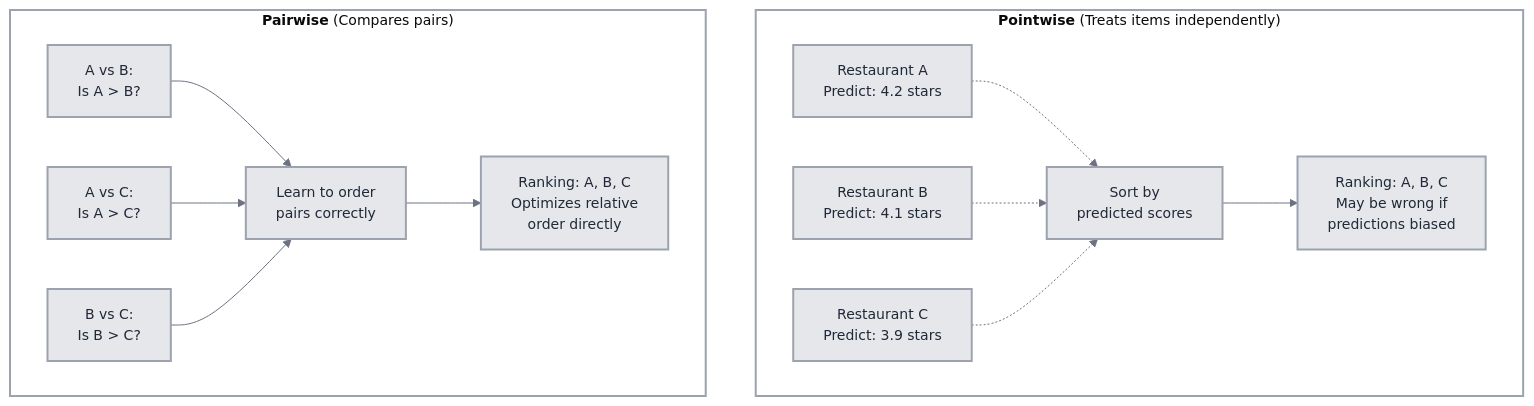
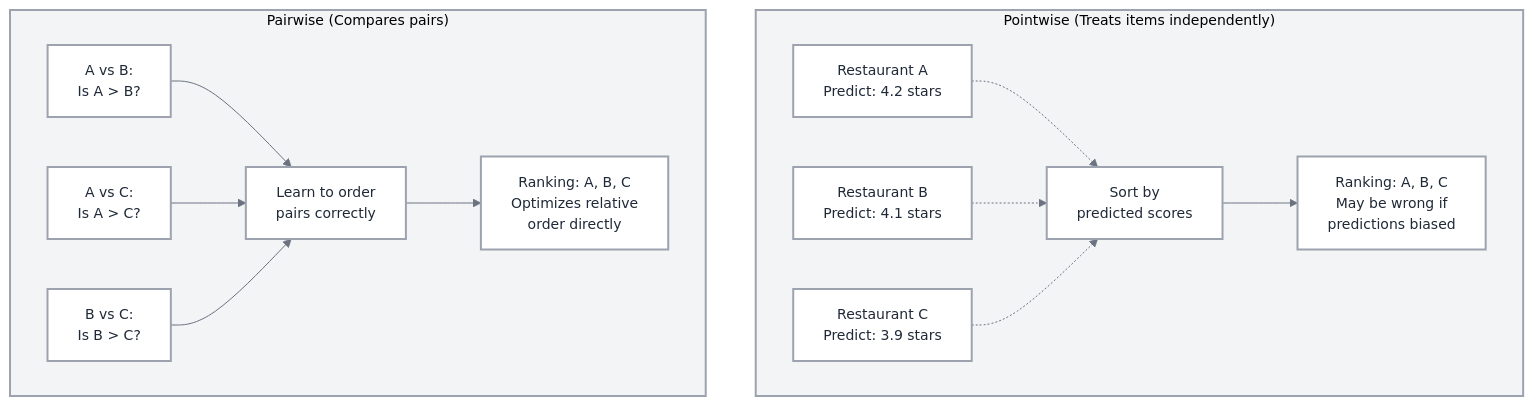
Before and after one commit to saraswatmks/saraswatmks.github.com: the first of 4 diagrams in _posts/2026/2026-02-07-lightgbm_pairwise_lambdarank.md, drawn with Mermaid. The commit also changed other lines of this file, not shown here.

````diff
--- a/_posts/2026/2026-02-07-lightgbm_pairwise_lambdarank.md
+++ b/_posts/2026/2026-02-07-lightgbm_pairwise_lambdarank.md
@@ -50,49 +52,48 @@
 ```mermaid
 %%{init: {
   'theme': 'base',
   'themeVariables': {
-    'primaryColor': '#E5E7EB',
+    'primaryColor': '#FFFFFF',
     'primaryTextColor': '#1F2937',
     'primaryBorderColor': '#9CA3AF',
     'lineColor': '#6B7280',
     'fontSize': '14px',
-    'fontFamily': 'system-ui, -apple-system, sans-serif',
-    'background': '#F3F4F6'
+    'fontFamily': 'system-ui, -apple-system, sans-serif'
   }
 }}%%
 
 graph TD
-    subgraph Pointwise["<b>Pointwise</b> (Treats items independently)"]
+    subgraph Pointwise["Pointwise (Treats items independently)"]
         P1[Restaurant A<br/>Predict: 4.2 stars]
         P2[Restaurant B<br/>Predict: 4.1 stars]
         P3[Restaurant C<br/>Predict: 3.9 stars]
         P1 -.-> P_SORT[Sort by<br/>predicted scores]
         P2 -.-> P_SORT
         P3 -.-> P_SORT
         P_SORT --> P_RESULT[Ranking: A, B, C<br/>May be wrong if<br/>predictions biased]
     end
 
-    subgraph Pairwise["<b>Pairwise</b> (Compares pairs)"]
+    subgraph Pairwise["Pairwise (Compares pairs)"]
         Q1[A vs B:<br/>Is A > B?]
         Q2[A vs C:<br/>Is A > C?]
         Q3[B vs C:<br/>Is B > C?]
         Q1 --> Q_LEARN[Learn to order<br/>pairs correctly]
         Q2 --> Q_LEARN
         Q3 --> Q_LEARN
         Q_LEARN --> Q_RESULT[Ranking: A, B, C<br/>Optimizes relative<br/>order directly]
     end
 
-    style P1 fill:#E5E7EB,stroke:#9CA3AF,stroke-width:2px,color:#1F2937
-    style P2 fill:#E5E7EB,stroke:#9CA3AF,stroke-width:2px,color:#1F2937
-    style P3 fill:#E5E7EB,stroke:#9CA3AF,stroke-width:2px,color:#1F2937
-    style P_SORT fill:#E5E7EB,stroke:#9CA3AF,stroke-width:2px,color:#1F2937
-    style P_RESULT fill:#E5E7EB,stroke:#9CA3AF,stroke-width:2px,color:#1F2937
-    style Q1 fill:#E5E7EB,stroke:#9CA3AF,stroke-width:2px,color:#1F2937
-    style Q2 fill:#E5E7EB,stroke:#9CA3AF,stroke-width:2px,color:#1F2937
-    style Q3 fill:#E5E7EB,stroke:#9CA3AF,stroke-width:2px,color:#1F2937
-    style Q_LEARN fill:#E5E7EB,stroke:#9CA3AF,stroke-width:2px,color:#1F2937
-    style Q_RESULT fill:#E5E7EB,stroke:#9CA3AF,stroke-width:2px,color:#1F2937
-    style Pointwise fill:#FFFFFF,stroke:#9CA3AF,stroke-width:2px
-    style Pairwise fill:#FFFFFF,stroke:#9CA3AF,stroke-width:2px
+    style P1 fill:#FFFFFF,stroke:#9CA3AF,stroke-width:2px,color:#1F2937
+    style P2 fill:#FFFFFF,stroke:#9CA3AF,stroke-width:2px,color:#1F2937
+    style P3 fill:#FFFFFF,stroke:#9CA3AF,stroke-width:2px,color:#1F2937
+    style P_SORT fill:#FFFFFF,stroke:#9CA3AF,stroke-width:2px,color:#1F2937
+    style P_RESULT fill:#FFFFFF,stroke:#9CA3AF,stroke-width:2px,color:#1F2937
+    style Q1 fill:#FFFFFF,stroke:#9CA3AF,stroke-width:2px,color:#1F2937
+    style Q2 fill:#FFFFFF,stroke:#9CA3AF,stroke-width:2px,color:#1F2937
+    style Q3 fill:#FFFFFF,stroke:#9CA3AF,stroke-width:2px,color:#1F2937
+    style Q_LEARN fill:#FFFFFF,stroke:#9CA3AF,stroke-width:2px,color:#1F2937
+    style Q_RESULT fill:#FFFFFF,stroke:#9CA3AF,stroke-width:2px,color:#1F2937
+    style Pointwise fill:#F3F4F6,stroke:#9CA3AF,stroke-width:2px
+    style Pairwise fill:#F3F4F6,stroke:#9CA3AF,stroke-width:2px
 
 ```
````
